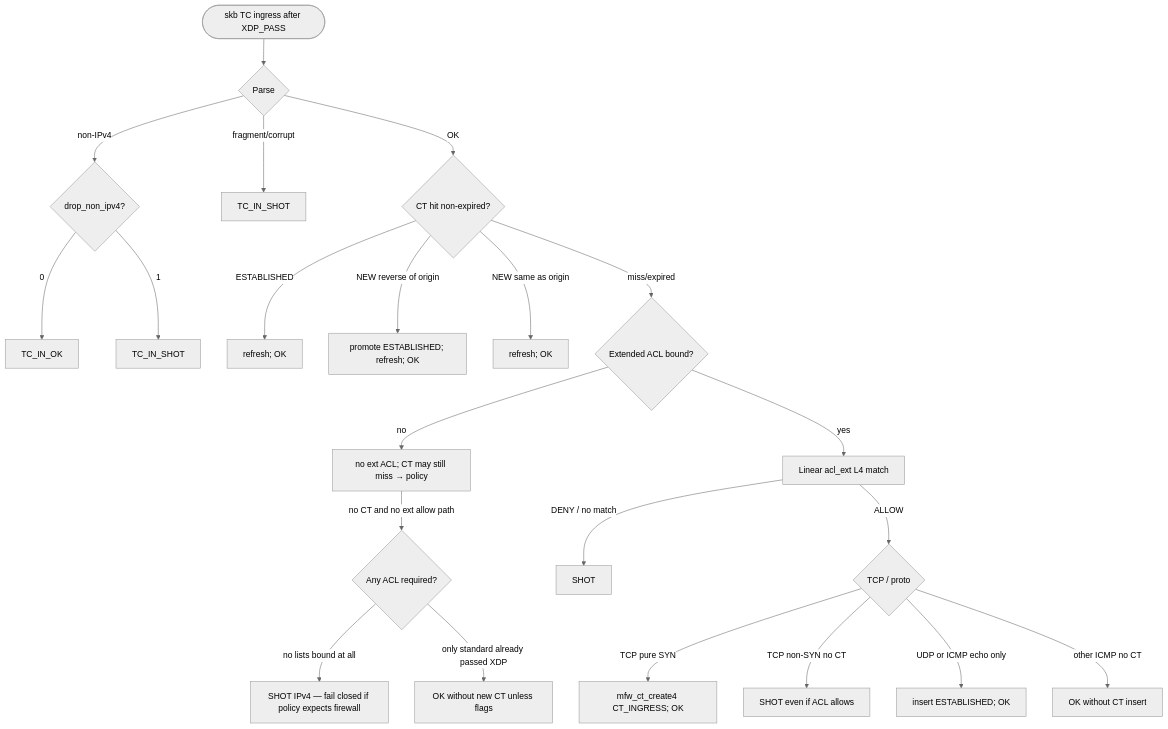
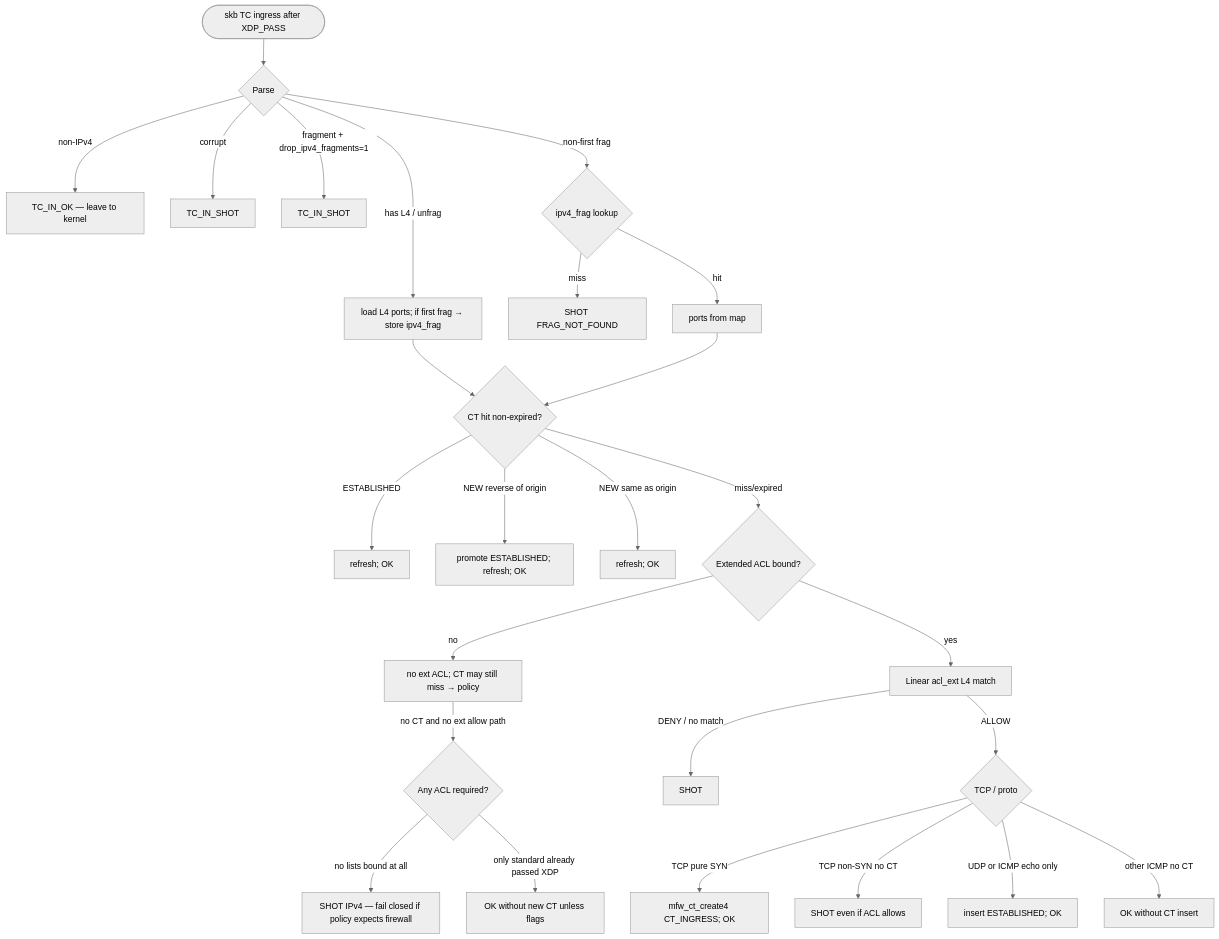
The fourth of 6 diagrams in docs/design.md (lynch1981/mini-fw), drawn with Mermaid (neutral theme) before and after one commit. The commit also changed other lines of this file, not shown here.

First line of the commit message:
docs: refine mini-fw design (paths, frags, non-IPv4 pass)

````diff
--- a/docs/design.md
+++ b/docs/design.md
@@ -275,24 +313,29 @@
 ```mermaid
 flowchart TD
   START([skb TC ingress after XDP_PASS]) --> PARSE{Parse}
-  PARSE -->|non-IPv4| NONIP{drop_non_ipv4?}
-  NONIP -->|0| OK_NON[TC_IN_OK]
-  NONIP -->|1| SHOT_NON[TC_IN_SHOT]
-  PARSE -->|fragment/corrupt| SHOT_P[TC_IN_SHOT]
-  PARSE -->|OK| CT{CT hit non-expired?}
+  PARSE -->|non-IPv4| OK_NON[TC_IN_OK — leave to kernel]
+  PARSE -->|corrupt| SHOT_P[TC_IN_SHOT]
+  PARSE -->|fragment + drop_ipv4_fragments=1| SHOT_F[TC_IN_SHOT]
+  PARSE -->|has L4 / unfrag| L4[load L4 ports; if first frag → store ipv4_frag]
+  PARSE -->|non-first frag| FRAGMAP{ipv4_frag lookup}
+  FRAGMAP -->|miss| SHOT_NF[SHOT FRAG_NOT_FOUND]
+  FRAGMAP -->|hit| L4P[ports from map]
+  L4 --> CT
+  L4P --> CT
+  CT{CT hit non-expired?}
   CT -->|ESTABLISHED| REF[refresh; OK]
   CT -->|NEW reverse of origin| PROMO[promote ESTABLISHED; refresh; OK]
   CT -->|NEW same as origin| REF2[refresh; OK]
   CT -->|miss/expired| EXT{Extended ACL bound?}
   EXT -->|no| PASS_E[no ext ACL; CT may still miss → policy]
   EXT -->|yes| ACL[Linear acl_ext L4 match]
   ACL -->|DENY / no match| SHOT_A[SHOT]
   ACL -->|ALLOW| FLAGS{TCP / proto}
   FLAGS -->|TCP pure SYN| INS_N[mfw_ct_create4 CT_INGRESS; OK]
   FLAGS -->|TCP non-SYN no CT| SHOT_M[SHOT even if ACL allows]
   FLAGS -->|UDP or ICMP echo only| INS_E[insert ESTABLISHED; OK]
   FLAGS -->|other ICMP no CT| ACL_ONLY[OK without CT insert]
   PASS_E -->|no CT and no ext allow path| OPEN{Any ACL required?}
   OPEN -->|no lists bound at all| FAIL_CLOSED[SHOT IPv4 — fail closed if policy expects firewall]
   OPEN -->|only standard already passed XDP| OK_OPEN[OK without new CT unless flags]
 ```
````
